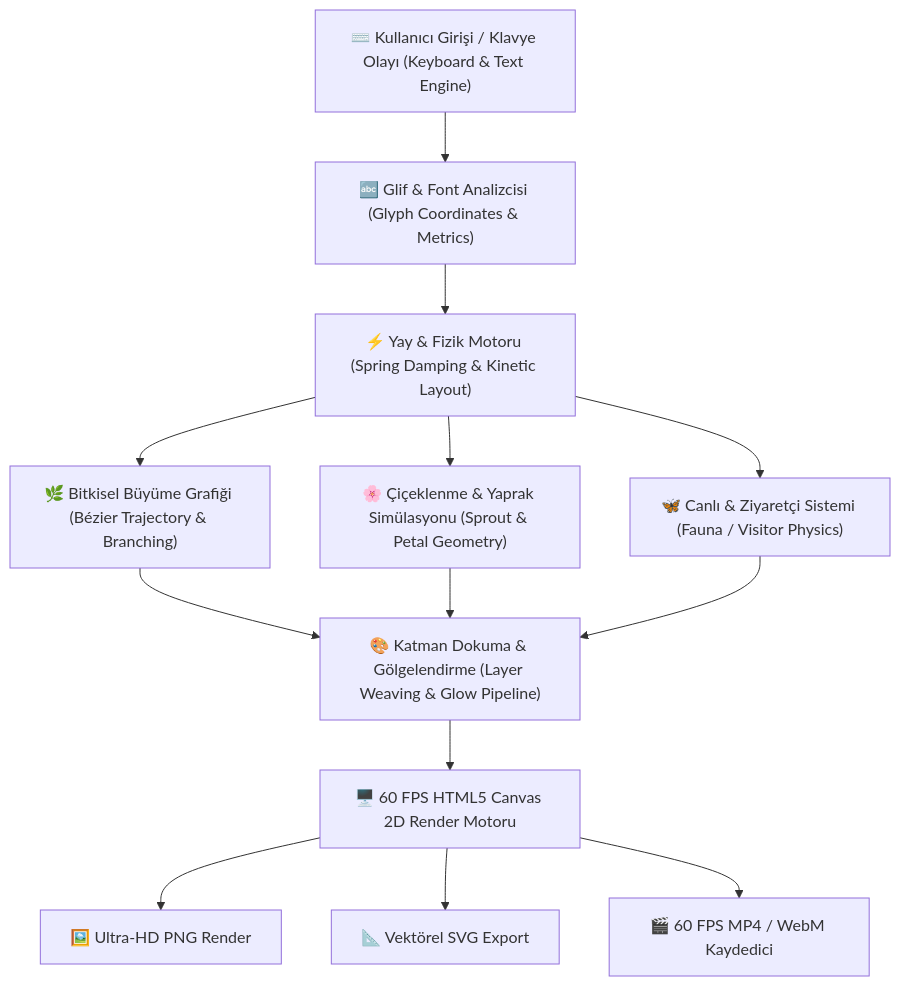
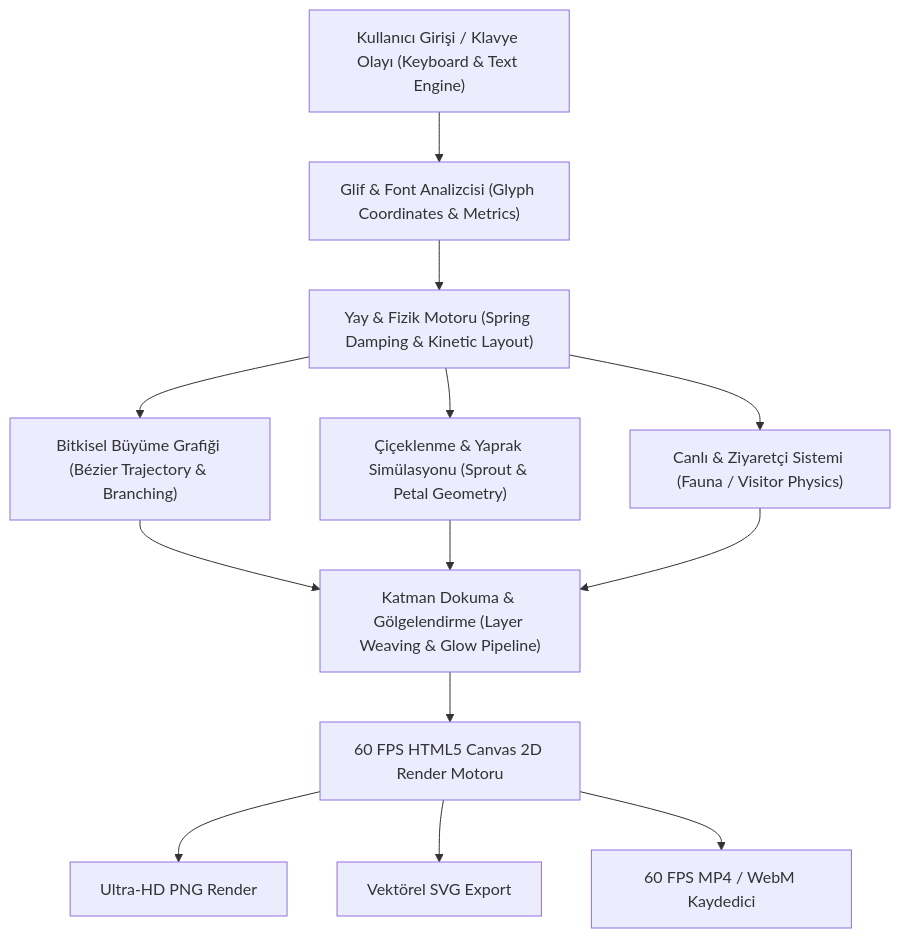
Before and after one commit to omerfys/Typerfy: the diagram in README.md, drawn with Mermaid.

Commit message:
docs: remove emojis from generative engine architecture diagram

````diff
--- a/README.md
+++ b/README.md
@@ -74,19 +74,19 @@
 ```mermaid
 flowchart TD
-    A["⌨️ Kullanıcı Girişi / Klavye Olayı (Keyboard & Text Engine)"] --> B["🔤 Glif & Font Analizcisi (Glyph Coordinates & Metrics)"]
-    B --> C["⚡ Yay & Fizik Motoru (Spring Damping & Kinetic Layout)"]
+    A["Kullanıcı Girişi / Klavye Olayı (Keyboard & Text Engine)"] --> B["Glif & Font Analizcisi (Glyph Coordinates & Metrics)"]
+    B --> C["Yay & Fizik Motoru (Spring Damping & Kinetic Layout)"]
     
-    C --> D1["🌿 Bitkisel Büyüme Grafiği (Bézier Trajectory & Branching)"]
-    C --> D2["🌸 Çiçeklenme & Yaprak Simülasyonu (Sprout & Petal Geometry)"]
-    C --> D3["🦋 Canlı & Ziyaretçi Sistemi (Fauna / Visitor Physics)"]
+    C --> D1["Bitkisel Büyüme Grafiği (Bézier Trajectory & Branching)"]
+    C --> D2["Çiçeklenme & Yaprak Simülasyonu (Sprout & Petal Geometry)"]
+    C --> D3["Canlı & Ziyaretçi Sistemi (Fauna / Visitor Physics)"]
     
-    D1 --> E["🎨 Katman Dokuma & Gölgelendirme (Layer Weaving & Glow Pipeline)"]
+    D1 --> E["Katman Dokuma & Gölgelendirme (Layer Weaving & Glow Pipeline)"]
     D2 --> E
     D3 --> E
     
-    E --> F["🖥️ 60 FPS HTML5 Canvas 2D Render Motoru"]
+    E --> F["60 FPS HTML5 Canvas 2D Render Motoru"]
     
-    F --> G1["🖼️ Ultra-HD PNG Render"]
-    F --> G2["📐 Vektörel SVG Export"]
-    F --> G3["🎬 60 FPS MP4 / WebM Kaydedici"]
+    F --> G1["Ultra-HD PNG Render"]
+    F --> G2["Vektörel SVG Export"]
+    F --> G3["60 FPS MP4 / WebM Kaydedici"]
 ```
````
